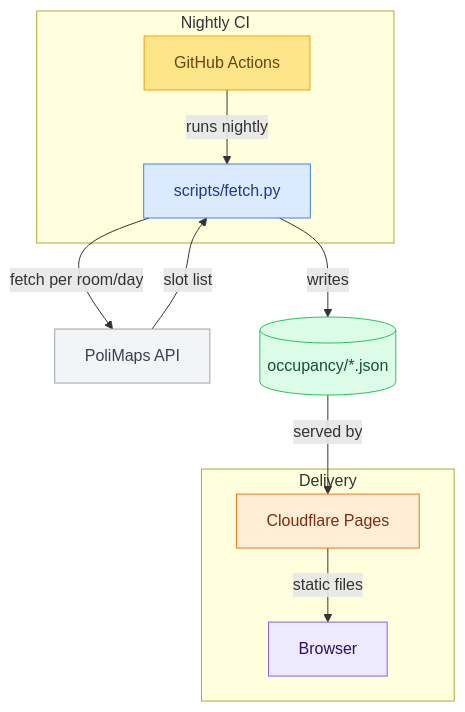
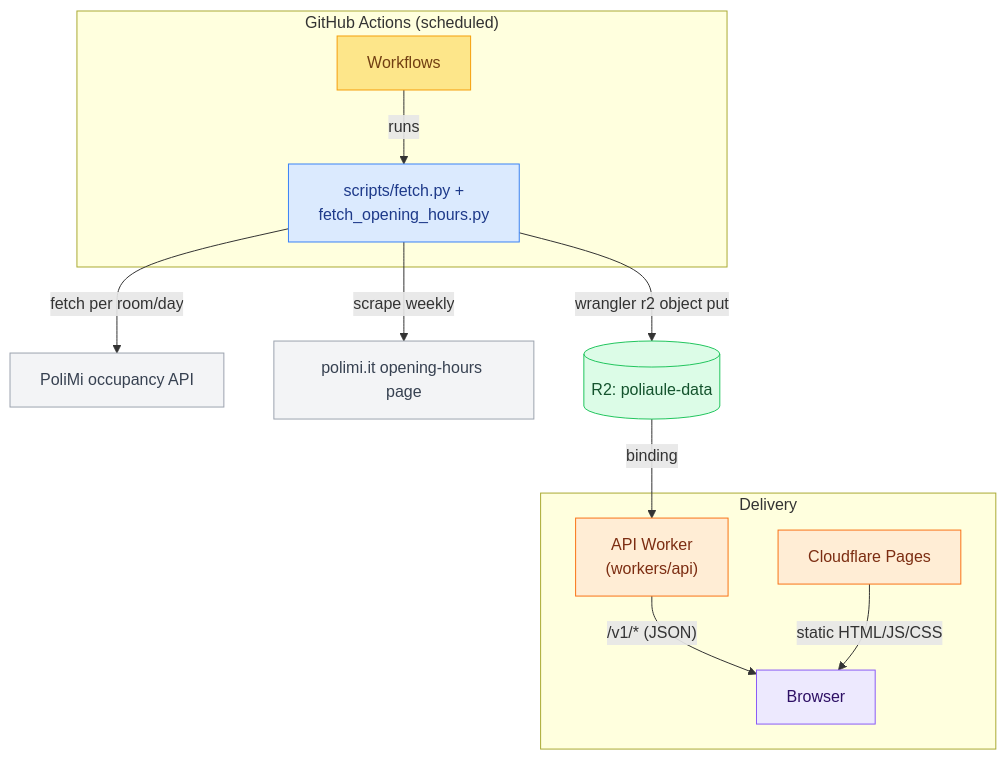
The first of 4 diagrams in docs/architecture.md (SummaCristian/PoliAule), drawn with Mermaid before and after one commit. The commit also changed other lines of this file and 11 other files, not shown here.

````diff
--- a/docs/architecture.md
+++ b/docs/architecture.md
@@ -9,29 +9,32 @@
 ```mermaid
 graph TD
     classDef ci fill:#fde68a,stroke:#f59e0b,color:#713f12
     classDef py fill:#dbeafe,stroke:#3b82f6,color:#1e3a8a
     classDef api fill:#f3f4f6,stroke:#9ca3af,color:#374151
     classDef store fill:#dcfce7,stroke:#22c55e,color:#14532d
     classDef cf fill:#ffedd5,stroke:#f97316,color:#7c2d12
     classDef browser fill:#ede9fe,stroke:#8b5cf6,color:#2e1065
 
-    subgraph CI ["Nightly CI"]
-        GHA["GitHub Actions"]:::ci
-        PY["scripts/fetch.py"]:::py
+    subgraph CI ["GitHub Actions (scheduled)"]
+        GHA["Workflows"]:::ci
+        PY["scripts/fetch.py +<br/>fetch_opening_hours.py"]:::py
     end
 
-    API["PoliMaps API"]:::api
-    JSON[("occupancy/*.json")]:::store
+    POLIMI_API["PoliMi occupancy API"]:::api
+    POLIMI_PAGE["polimi.it opening-hours page"]:::api
+    R2[("R2: poliaule-data")]:::store
 
     subgraph Delivery ["Delivery"]
-        CFP["Cloudflare Pages"]:::cf
+        WORKER["API Worker<br/>(workers/api)"]:::cf
+        PAGES["Cloudflare Pages"]:::cf
         BROWSER["Browser"]:::browser
     end
 
-    GHA -->|runs nightly| PY
-    PY -->|fetch per room/day| API
-    API -->|slot list| PY
-    PY -->|writes| JSON
-    JSON -->|served by| CFP
-    CFP -->|static files| BROWSER
+    GHA -->|runs| PY
+    PY -->|fetch per room/day| POLIMI_API
+    PY -->|scrape weekly| POLIMI_PAGE
+    PY -->|wrangler r2 object put| R2
+    R2 -->|binding| WORKER
+    WORKER -->|"/v1/* (JSON)"| BROWSER
+    PAGES -->|static HTML/JS/CSS| BROWSER
 ```
````
